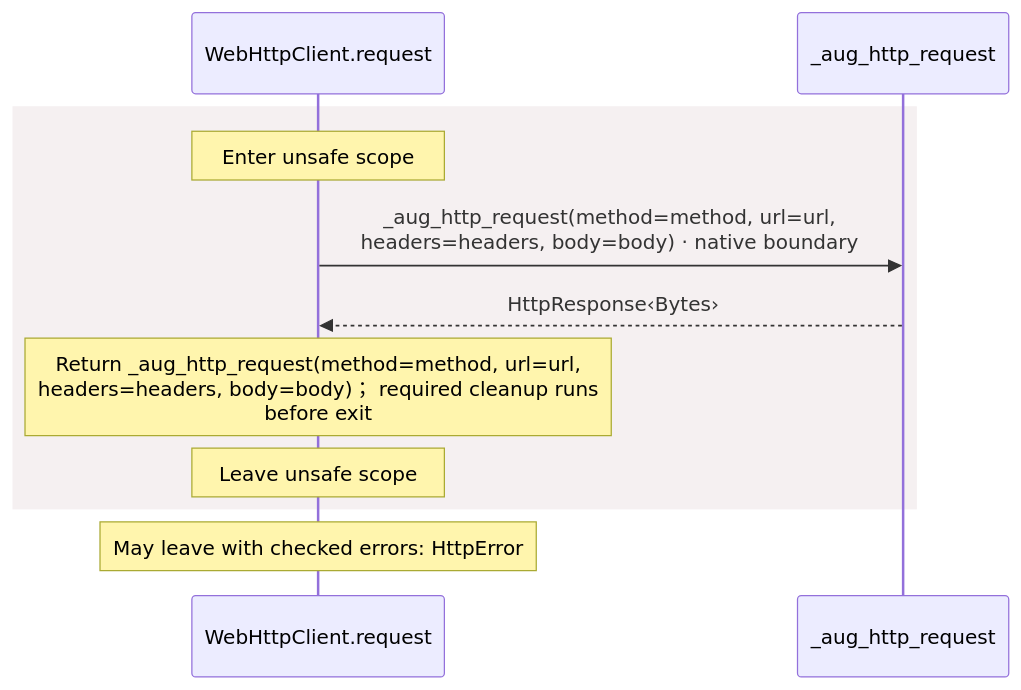
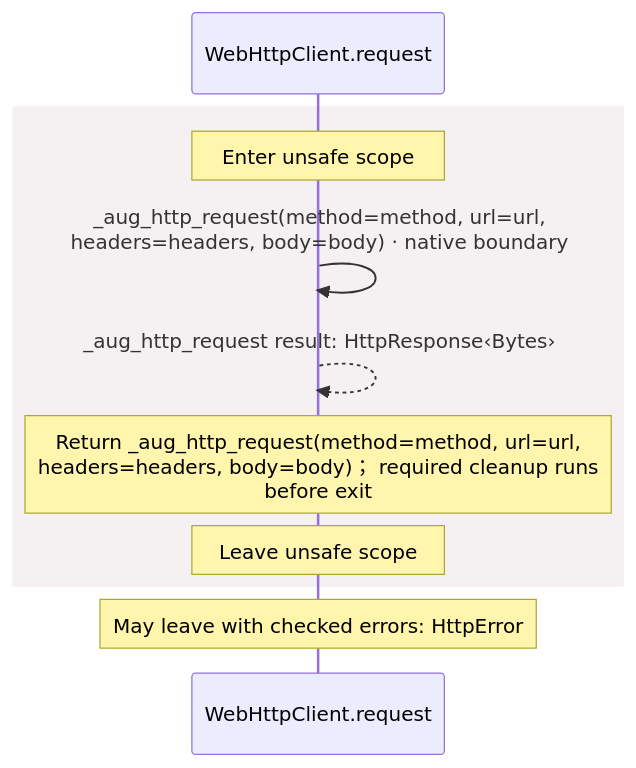
One commit to GreenPandaStudios/augscript changed the third of 6 diagrams in docs/examples/oidc-login/dependencies/packages/@git/url_897efafd565158fc4908/0.0.0-git.a39fc582565d4fca40be4f75fa304d71adc69301/contracts-diagrams.md. Above: the diagram before and after it, drawn with Mermaid. The commit also changed other lines of this file and 304 other files, not shown here.

Commit message:
Make generated data-flow sequences concise and review every diagram

````diff
--- a/docs/examples/oidc-login/dependencies/packages/@git/url_897efafd565158fc4908/0.0.0-git.a39fc582565d4fca40be4f75fa304d71adc69301/contracts-diagrams.md
+++ b/docs/examples/oidc-login/dependencies/packages/@git/url_897efafd565158fc4908/0.0.0-git.a39fc582565d4fca40be4f75fa304d71adc69301/contracts-diagrams.md
@@ -155,13 +132,13 @@
 ```mermaid
 sequenceDiagram
     participant p0 as WebHttpClient.request
-    participant p1 as _aug_http_request
+
     rect rgb(245, 240, 241)
     Note over p0: Enter unsafe scope
-    p0->>p1: _aug_http_request(method=method, url=url,<br/>headers=headers, body=body) · native boundary
-    p1-->>p0: HttpResponse‹Bytes›
+    p0->>p0: _aug_http_request(method=method, url=url,<br/>headers=headers, body=body) · native boundary
+    p0-->>p0: _aug_http_request result: HttpResponse‹Bytes›
     Note over p0: Return _aug_http_request(method=method, url=url,<br/>headers=headers, body=body)； required cleanup runs<br/>before exit
     Note over p0: Leave unsafe scope
     end
     Note over p0: May leave with checked errors: HttpError
 ```
````
